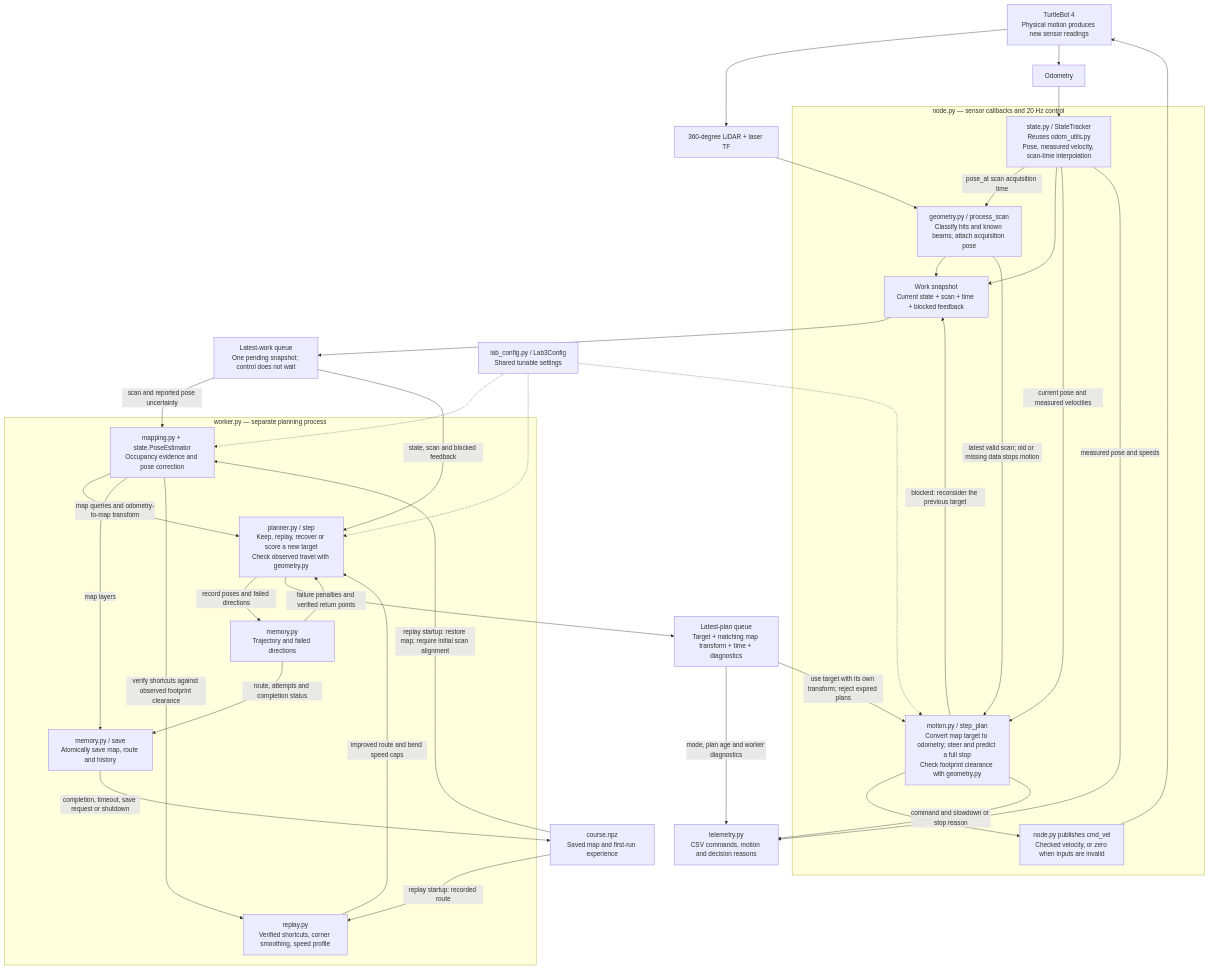
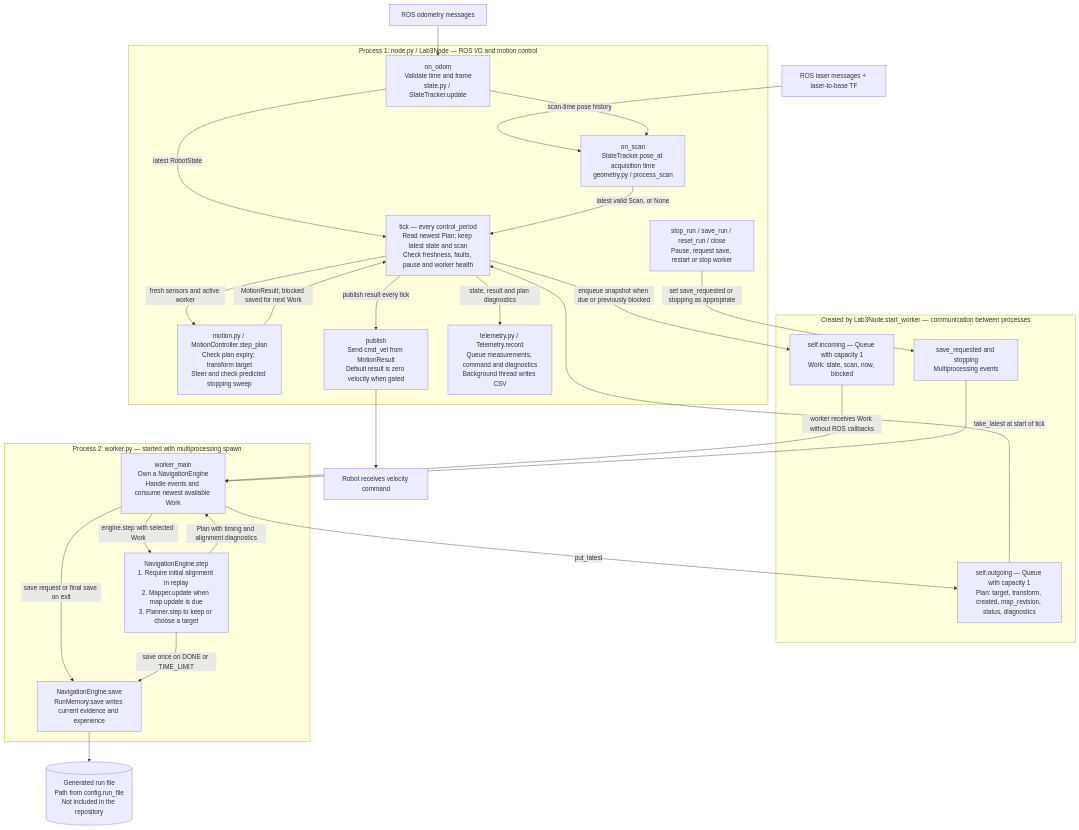
One commit to DJPark1213/Autonomous_Mobile_Robot_Lab changed the diagram in README.md. Above: the diagram before and after it, drawn with Mermaid. The commit also changed other lines of this file, not shown here.

Commit message:
readme change

````diff
--- a/README.md
+++ b/README.md
@@ -24,65 +24,52 @@
 ```mermaid
 flowchart TB
-  ROBOT["TurtleBot 4<br/>Physical motion produces new sensor readings"]
-  LASER["360-degree LiDAR + laser TF"]
-  ODOM["Odometry"]
-  CONFIG["lab_config.py / Lab3Config<br/>Shared tunable settings"]
+  ODOM["ROS odometry messages"]
+  LASER["ROS laser messages + laser-to-base TF"]
 
-  subgraph ROS["node.py — sensor callbacks and 20 Hz control"]
-    SCAN["geometry.py / process_scan<br/>Classify hits and known beams; attach acquisition pose"]
-    STATE["state.py / StateTracker<br/>Reuses odom_utils.py<br/>Pose, measured velocity, scan-time interpolation"]
-    SNAPSHOT["Work snapshot<br/>Current state + scan + time + blocked feedback"]
-    MOTION["motion.py / step_plan<br/>Convert map target to odometry; steer and predict a full stop<br/>Check footprint clearance with geometry.py"]
-    COMMAND["node.py publishes cmd_vel<br/>Checked velocity, or zero when inputs are invalid"]
+  subgraph NODE["Process 1: node.py / Lab3Node — ROS I/O and motion control"]
+    STATE["on_odom<br/>Validate time and frame<br/>state.py / StateTracker.update"]
+    SCAN["on_scan<br/>StateTracker.pose_at acquisition time<br/>geometry.py / process_scan"]
+    TICK["tick — every control_period<br/>Read newest Plan; keep latest state and scan<br/>Check freshness, faults, pause and worker health"]
+    CONTROL["motion.py / MotionController.step_plan<br/>Check plan expiry; transform target<br/>Steer and check predicted stopping sweep"]
+    PUBLISH["publish<br/>Send cmd_vel from MotionResult<br/>Default result is zero velocity when gated"]
+    LOG["telemetry.py / Telemetry.record<br/>Queue measurements, command and diagnostics<br/>Background thread writes CSV"]
+    LIFECYCLE["stop_run / save_run / reset_run / close<br/>Pause, request save, restart or stop worker"]
   end
 
-  INCOMING["Latest-work queue<br/>One pending snapshot; control does not wait"]
-  OUTGOING["Latest-plan queue<br/>Target + matching map transform + time + diagnostics"]
-
-  subgraph WORKER["worker.py — separate planning process"]
-    MAP["mapping.py + state.PoseEstimator<br/>Occupancy evidence and pose correction"]
-    PLAN["planner.py / step<br/>Keep, replay, recover or score a new target<br/>Check observed travel with geometry.py"]
-    MEMORY["memory.py<br/>Trajectory and failed directions"]
-    REPLAY["replay.py<br/>Verified shortcuts, corner smoothing, speed profile"]
-    SAVE["memory.py / save<br/>Atomically save map, route and history"]
+  subgraph IPC["Created by Lab3Node.start_worker — communication between processes"]
+    INCOMING["self.incoming — Queue with capacity 1<br/>Work: state, scan, now, blocked"]
+    OUTGOING["self.outgoing — Queue with capacity 1<br/>Plan: target, transform, created, map_revision, status, diagnostics"]
+    EVENTS["save_requested and stopping<br/>Multiprocessing events"]
   end
 
-  SAVED["course.npz<br/>Saved map and first-run experience"]
-  LOG["telemetry.py<br/>CSV commands, motion and decision reasons"]
+  subgraph WORKER["Process 2: worker.py — started with multiprocessing spawn"]
+    LOOP["worker_main<br/>Own a NavigationEngine<br/>Handle events and consume newest available Work"]
+    ENGINE["NavigationEngine.step<br/>1. Require initial alignment in replay<br/>2. Mapper.update when map update is due<br/>3. Planner.step to keep or choose a target"]
+    SAVE["NavigationEngine.save<br/>RunMemory.save writes current evidence and experience"]
+  end
 
-  ROBOT --> LASER
-  ROBOT --> ODOM
+  ROBOT["Robot receives velocity command"]
+  SAVED[("Generated run file<br/>Path from config.run_file<br/>Not included in the repository")]
+
+  ODOM --> STATE
   LASER --> SCAN
-  ODOM --> STATE
-  STATE -->|pose_at scan acquisition time| SCAN
-  SCAN --> SNAPSHOT
-  STATE --> SNAPSHOT
-  MOTION -->|blocked: reconsider the previous target| SNAPSHOT
-  SNAPSHOT --> INCOMING
-  INCOMING -->|scan and reported pose uncertainty| MAP
-  INCOMING -->|state, scan and blocked feedback| PLAN
-  MAP -->|map queries and odometry-to-map transform| PLAN
-  PLAN -->|record poses and failed directions| MEMORY
-  MEMORY -->|failure penalties and verified return points| PLAN
-  PLAN --> OUTGOING
-  OUTGOING -->|use target with its own transform; reject expired plans| MOTION
-  SCAN -->|latest valid scan; old or missing data stops motion| MOTION
-  STATE -->|current pose and measured velocities| MOTION
-  MOTION --> COMMAND
-  COMMAND --> ROBOT
-  STATE -->|measured pose and speeds| LOG
-  MOTION -->|command and slowdown or stop reason| LOG
-  OUTGOING -->|mode, plan age and worker diagnostics| LOG
-
-  MAP -->|map layers| SAVE
-  MEMORY -->|route, attempts and completion status| SAVE
-  SAVE -->|completion, timeout, save request or shutdown| SAVED
-  SAVED -->|replay startup: restore map; require initial scan alignment| MAP
-  SAVED -->|replay startup: recorded route| REPLAY
-  MAP -->|verify shortcuts against observed footprint clearance| REPLAY
-  REPLAY -->|improved route and bend speed caps| PLAN
-
-  CONFIG -.-> MAP
-  CONFIG -.-> PLAN
-  CONFIG -.-> MOTION
+  STATE -->|scan-time pose history| SCAN
+  STATE -->|latest RobotState| TICK
+  SCAN -->|latest valid Scan, or None| TICK
+  TICK -->|enqueue snapshot when due or previously blocked| INCOMING
+  INCOMING -->|worker receives Work without ROS callbacks| LOOP
+  LOOP -->|engine.step with selected Work| ENGINE
+  ENGINE -->|Plan with timing and alignment diagnostics| LOOP
+  LOOP -->|put_latest| OUTGOING
+  OUTGOING -->|take_latest at start of tick| TICK
+  TICK -->|fresh sensors and active worker| CONTROL
+  CONTROL -->|MotionResult; blocked saved for next Work| TICK
+  TICK -->|publish result every tick| PUBLISH
+  PUBLISH --> ROBOT
+  TICK -->|state, result and plan diagnostics| LOG
+  LIFECYCLE -->|set save_requested or stopping as appropriate| EVENTS
+  EVENTS --> LOOP
+  LOOP -->|save request or final save on exit| SAVE
+  ENGINE -->|save once on DONE or TIME_LIMIT| SAVE
+  SAVE --> SAVED
 ```
````
